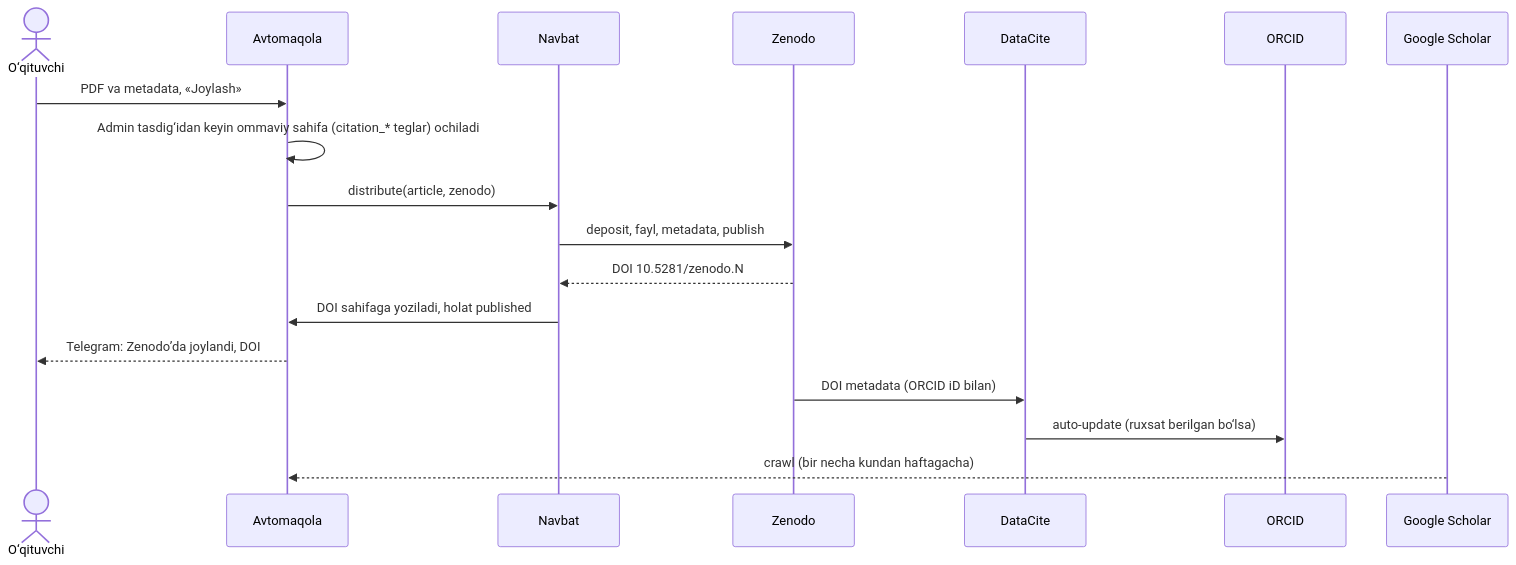
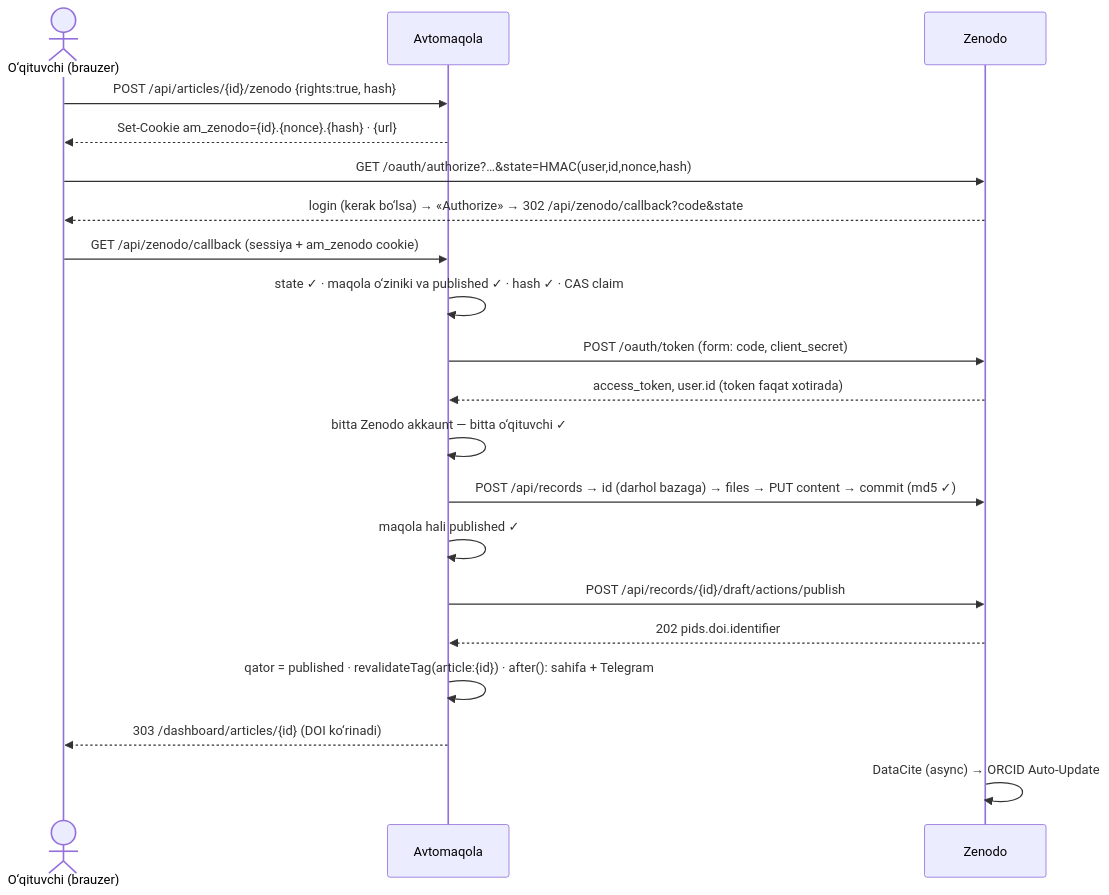
One commit to Mirshodforward/avastmaqola changed the fifth of 5 diagrams in docs/ARCHITECTURE.md. Above: the diagram before and after it, drawn with Mermaid. The commit also changed other lines of this file and 23 other files, not shown here.

Commit message:
Ommaviy sahifalar yagona kenglikda, jurnal soni maydonlari, bosh sahifa va yangiliklar tuzatishlari (jarayonda)

````diff
--- a/docs/ARCHITECTURE.md
+++ b/docs/ARCHITECTURE.md
@@ -219,20 +222,22 @@
 ```mermaid
 sequenceDiagram
-  actor U as O‘qituvchi
-  participant S as Avtomaqola
-  participant Q as Navbat
+  actor T as O‘qituvchi (brauzer)
+  participant A as Avtomaqola
   participant Z as Zenodo
-  participant D as DataCite
-  participant O as ORCID
-  participant G as Google Scholar
-  U->>S: PDF va metadata, «Joylash»
-  S->>S: Admin tasdig‘idan keyin ommaviy sahifa (citation_* teglar) ochiladi
-  S->>Q: distribute(article, zenodo)
-  Q->>Z: deposit, fayl, metadata, publish
-  Z-->>Q: DOI 10.5281/zenodo.N
-  Q->>S: DOI sahifaga yoziladi, holat published
-  S-->>U: Telegram: Zenodo’da joylandi, DOI
-  Z->>D: DOI metadata (ORCID iD bilan)
-  D->>O: auto-update (ruxsat berilgan bo‘lsa)
-  G-->>S: crawl (bir necha kundan haftagacha)
+  T->>A: POST /api/articles/{id}/zenodo {rights:true, hash}
+  A-->>T: Set-Cookie am_zenodo={id}.{nonce}.{hash} · {url}
+  T->>Z: GET /oauth/authorize?…&state=HMAC(user,id,nonce,hash)
+  Z-->>T: login (kerak bo‘lsa) → «Authorize» → 302 /api/zenodo/callback?code&state
+  T->>A: GET /api/zenodo/callback (sessiya + am_zenodo cookie)
+  A->>A: state ✓ · maqola o‘ziniki va published ✓ · hash ✓ · CAS claim
+  A->>Z: POST /oauth/token (form: code, client_secret)
+  Z-->>A: access_token, user.id (token faqat xotirada)
+  A->>A: bitta Zenodo akkaunt — bitta o‘qituvchi ✓
+  A->>Z: POST /api/records → id (darhol bazaga) → files → PUT content → commit (md5 ✓)
+  A->>A: maqola hali published ✓
+  A->>Z: POST /api/records/{id}/draft/actions/publish
+  Z-->>A: 202 pids.doi.identifier
+  A->>A: qator = published · revalidateTag(article:{id}) · after(): sahifa + Telegram
+  A-->>T: 303 /dashboard/articles/{id} (DOI ko‘rinadi)
+  Z->>Z: DataCite (async) → ORCID Auto-Update
 ```
````
